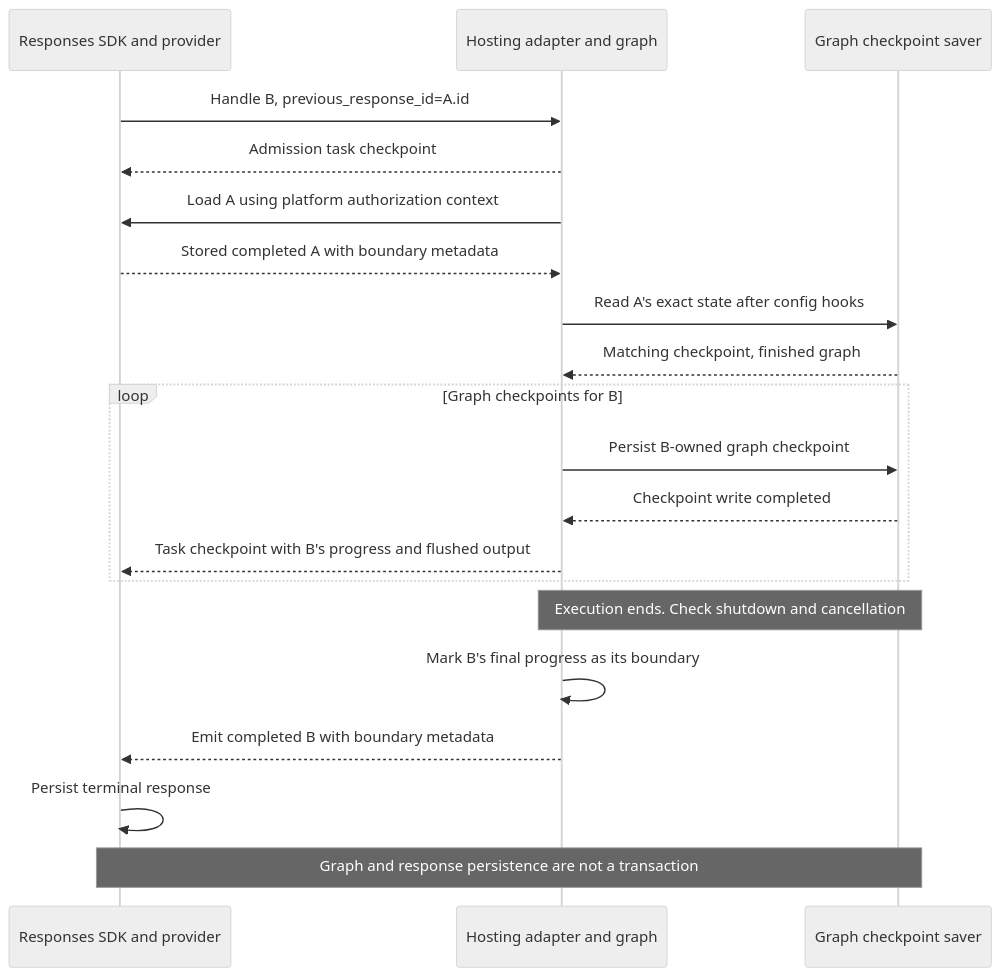
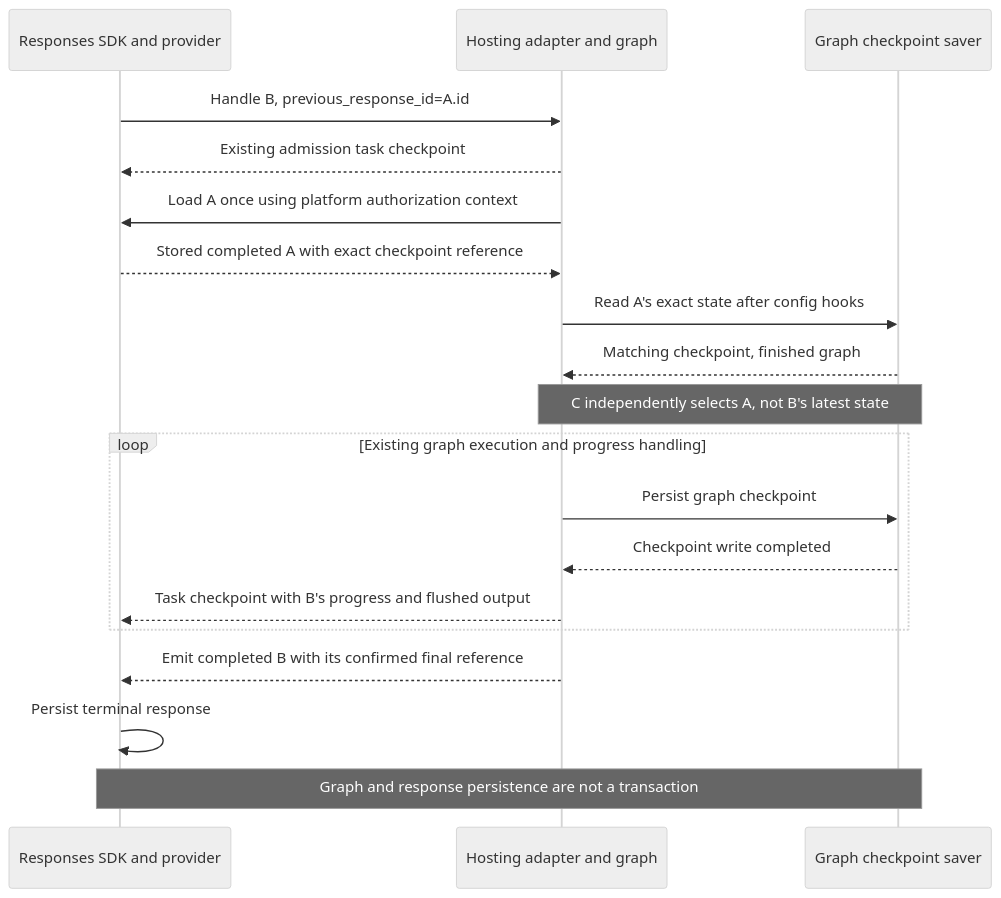
One commit to langchain-ai/langchain-azure changed the diagram in libs/azure-ai/docs/hosting/response_branching.md. Above: the diagram before and after it, drawn with Mermaid (neutral theme). The commit also changed other lines of this file and 5 other files, not shown here.

First line of the commit message:
Refactor checkpoint management and response handling in LangGraph

````diff
--- a/libs/azure-ai/docs/hosting/response_branching.md
+++ b/libs/azure-ai/docs/hosting/response_branching.md
@@ -187,23 +250,22 @@
 ```mermaid
 sequenceDiagram
     participant SDK as Responses SDK and provider
     participant Host as Hosting adapter and graph
     participant Saver as Graph checkpoint saver
 
     SDK->>Host: Handle B, previous_response_id=A.id
-    Host-->>SDK: Admission task checkpoint
-    Host->>SDK: Load A using platform authorization context
-    SDK-->>Host: Stored completed A with boundary metadata
+    Host-->>SDK: Existing admission task checkpoint
+    Host->>SDK: Load A once using platform authorization context
+    SDK-->>Host: Stored completed A with exact checkpoint reference
     Host->>Saver: Read A's exact state after config hooks
     Saver-->>Host: Matching checkpoint, finished graph
-    loop Graph checkpoints for B
-        Host->>Saver: Persist B-owned graph checkpoint
+    Note over Host,Saver: C independently selects A, not B's latest state
+    loop Existing graph execution and progress handling
+        Host->>Saver: Persist graph checkpoint
         Saver-->>Host: Checkpoint write completed
         Host-->>SDK: Task checkpoint with B's progress and flushed output
     end
-    Note over Host,Saver: Execution ends. Check shutdown and cancellation
-    Host->>Host: Mark B's final progress as its boundary
-    Host-->>SDK: Emit completed B with boundary metadata
+    Host-->>SDK: Emit completed B with its confirmed final reference
     SDK->>SDK: Persist terminal response
     Note over SDK,Saver: Graph and response persistence are not a transaction
 ```
````
